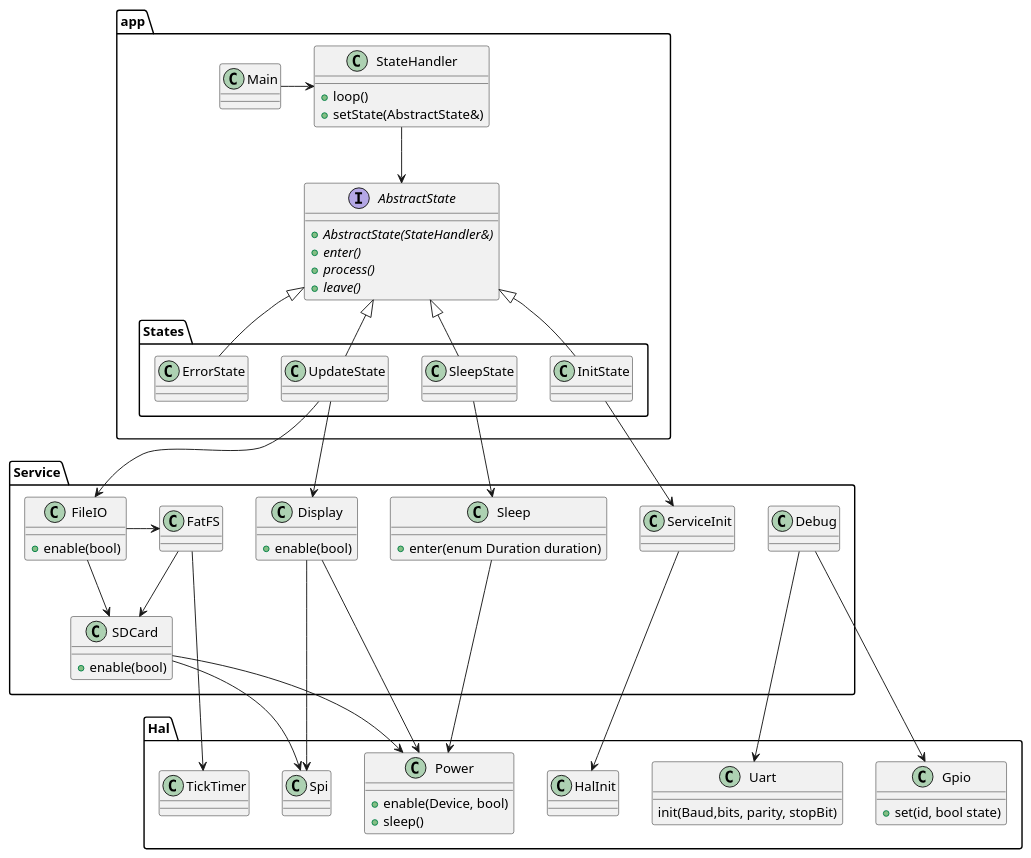
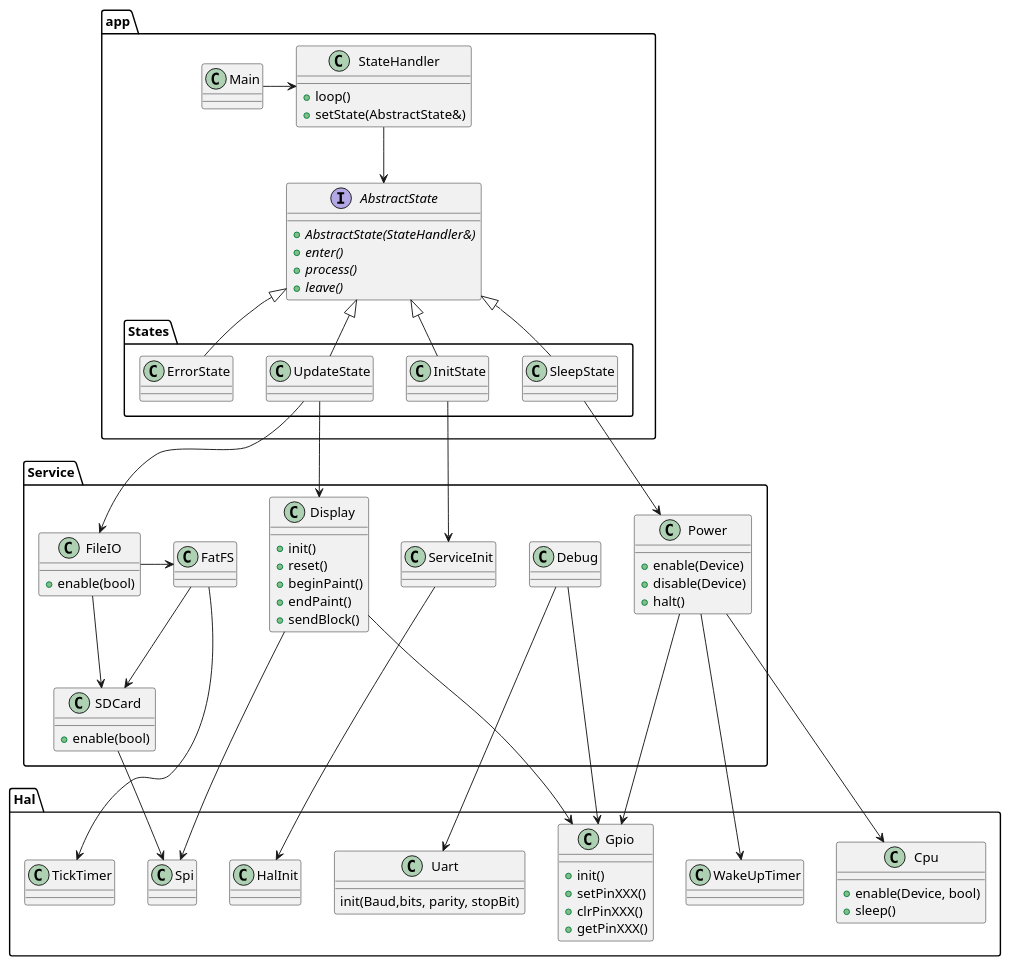
The diagram in design/plantuml/ClassDiagram.plantuml (nhjschulz/EInkPicFrame), drawn with PlantUML before and after one commit.

Commit message:
Doc: Added Power handling classes

```diff
--- a/design/plantuml/ClassDiagram.plantuml
+++ b/design/plantuml/ClassDiagram.plantuml
@@ -1,94 +1,107 @@
 @startuml
 
 package app {
     class Main
     class StateHandler {
         +loop()
         +setState(AbstractState&)
     }
     interface AbstractState {
         {abstract}+AbstractState(StateHandler&)
         {abstract} +enter()
         {abstract} +process()
         {abstract} +leave()
     }
     package States {
         class SleepState
         class UpdateState
         class InitState
         class ErrorState
 
         UpdateState -u-|> AbstractState
         SleepState -u-|> AbstractState
         InitState -u-|> AbstractState
         ErrorState -u-|> AbstractState
 
     }
 
     Main -> StateHandler
     StateHandler --> AbstractState
 }
 
 package Service {
     class FileIO {
         +enable(bool)
     }
     class FatFS
     class ServiceInit {
       
     }
     class Display {
-        +enable(bool)
+        +init()
+        +reset()
+        +beginPaint()
+        +endPaint()
+        +sendBlock()
     }
     class SDCard {
         +enable(bool)
     }
     class Debug
-    class Sleep {
-        +enter(enum Duration duration)
+    class Power {
+        +enable(Device)
+        +disable(Device)
+        +halt()
     }
 
 }
 
 package Hal {
 
     class Spi 
     class Uart {
         init(Baud,bits, parity, stopBit)
 
     }
     
     class HalInit
-    class Power {
+    class Cpu {
         +enable(Device, bool)
         +sleep()
     }
     class Gpio {
-        +set(id, bool state)
+        +init()
+        +setPinXXX()
+        +clrPinXXX()
+        +getPinXXX()
     }
 
     class TickTimer {
 
     }
+    
+    class WakeUpTimer {
 
+    }
 
 }
 
 InitState --> ServiceInit
 ServiceInit --> HalInit
 UpdateState --> FileIO
 UpdateState --> Display
-SleepState --> Sleep
+SleepState --> Power
 FileIO ->FatFS
 FatFS --> SDCard
 FileIO --> SDCard
 
 Debug --> Uart
 Debug --> Gpio
 SDCard --> Spi
 Display --> Spi
-SDCard --> Power
-Display --> Power
-Sleep --> Power
+Display --> Gpio
+Power --> Cpu
+Power --> WakeUpTimer
+Power --> Gpio
 FatFS --> TickTimer
 @enduml
```
